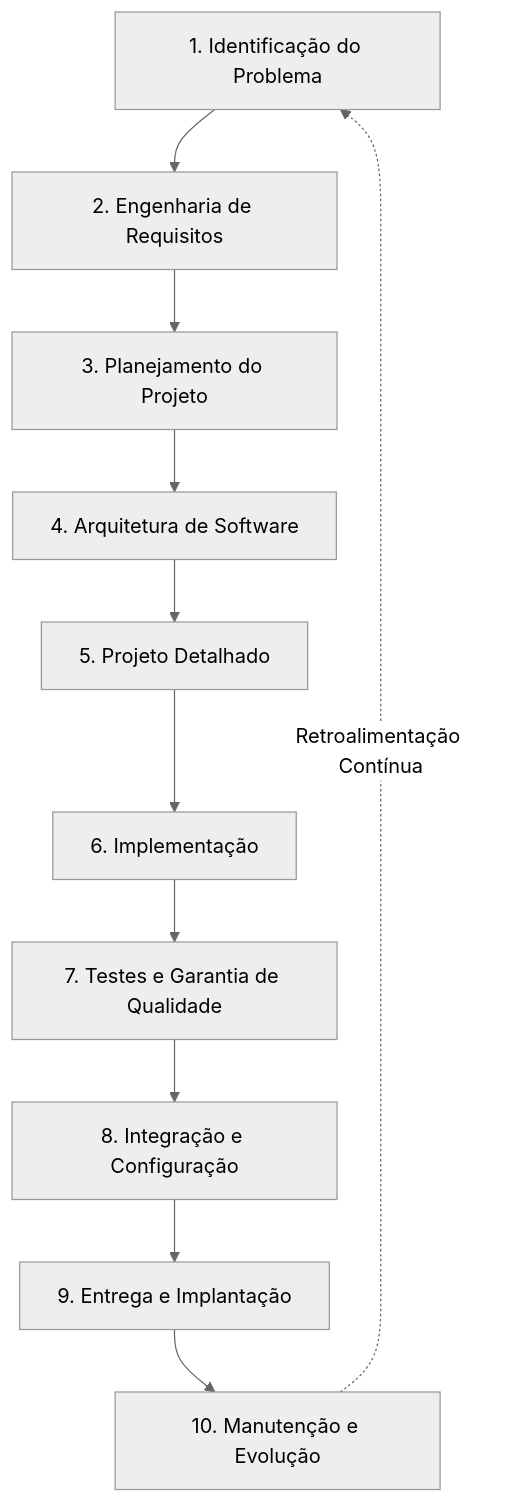
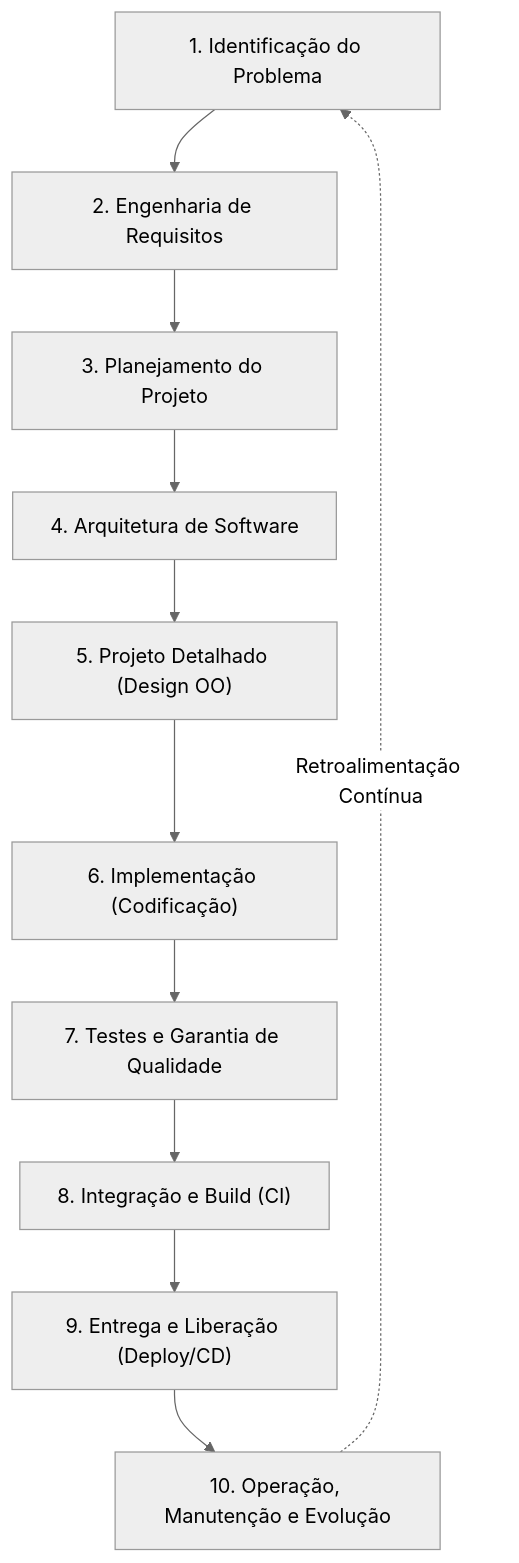
One commit to murilolol/unifef changed the fourth of 32 diagrams in 4º Semestre/[Prof. Wesley Soares] Engenharia de Software II/Resumos-IA/Caderno-Consolidado.md. Above: the diagram before and after it, drawn with Mermaid (neutral theme). The commit also changed other lines of this file and 10 other files, not shown here.

````diff
--- a/4º Semestre/[Prof. Wesley Soares] Engenharia de Software II/Resumos-IA/Caderno-Consolidado.md
+++ b/4º Semestre/[Prof. Wesley Soares] Engenharia de Software II/Resumos-IA/Caderno-Consolidado.md
@@ -189,13 +227,13 @@
 ```mermaid
 flowchart TD
-    F1["1. Identificação do Problema"] --> F2["2. Engenharia de Requisitos"]
-    F2 --> F3["3. Planejamento do Projeto"]
-    F3 --> F4["4. Arquitetura de Software"]
-    F4 --> F5["5. Projeto Detalhado"]
-    F5 --> F6["6. Implementação"]
-    F6 --> F7["7. Testes e Garantia de Qualidade"]
-    F7 --> F8["8. Integração e Configuração"]
-    F8 --> F9["9. Entrega e Implantação"]
-    F9 --> F10["10. Manutenção e Evolução"]
-    F10 -.->|"Retroalimentação Contínua"| F1
+  F1["1. Identificação do Problema"] --> F2["2. Engenharia de Requisitos"]
+  F2 --> F3["3. Planejamento do Projeto"]
+  F3 --> F4["4. Arquitetura de Software"]
+  F4 --> F5["5. Projeto Detalhado (Design OO)"]
+  F5 --> F6["6. Implementação (Codificação)"]
+  F6 --> F7["7. Testes e Garantia de Qualidade"]
+  F7 --> F8["8. Integração e Build (CI)"]
+  F8 --> F9["9. Entrega e Liberação (Deploy/CD)"]
+  F9 --> F10["10. Operação, Manutenção e Evolução"]
+  F10 -.->|"Retroalimentação Contínua"| F1
 ```
````
